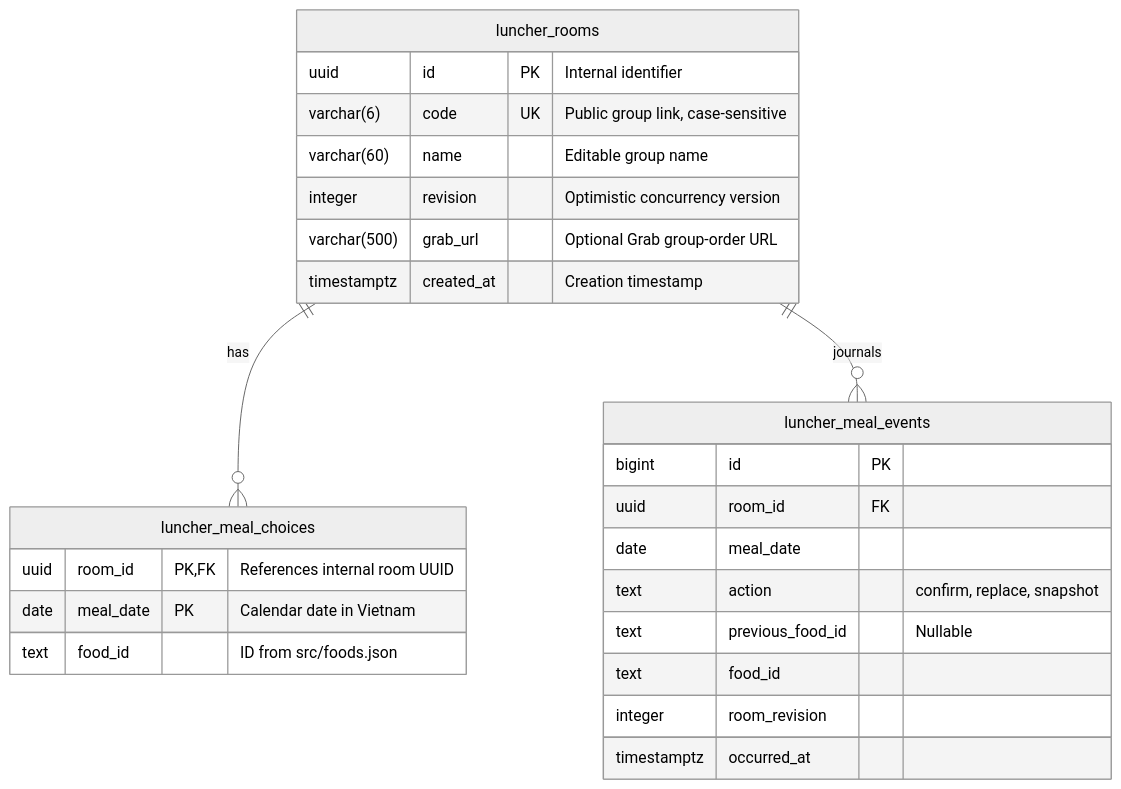
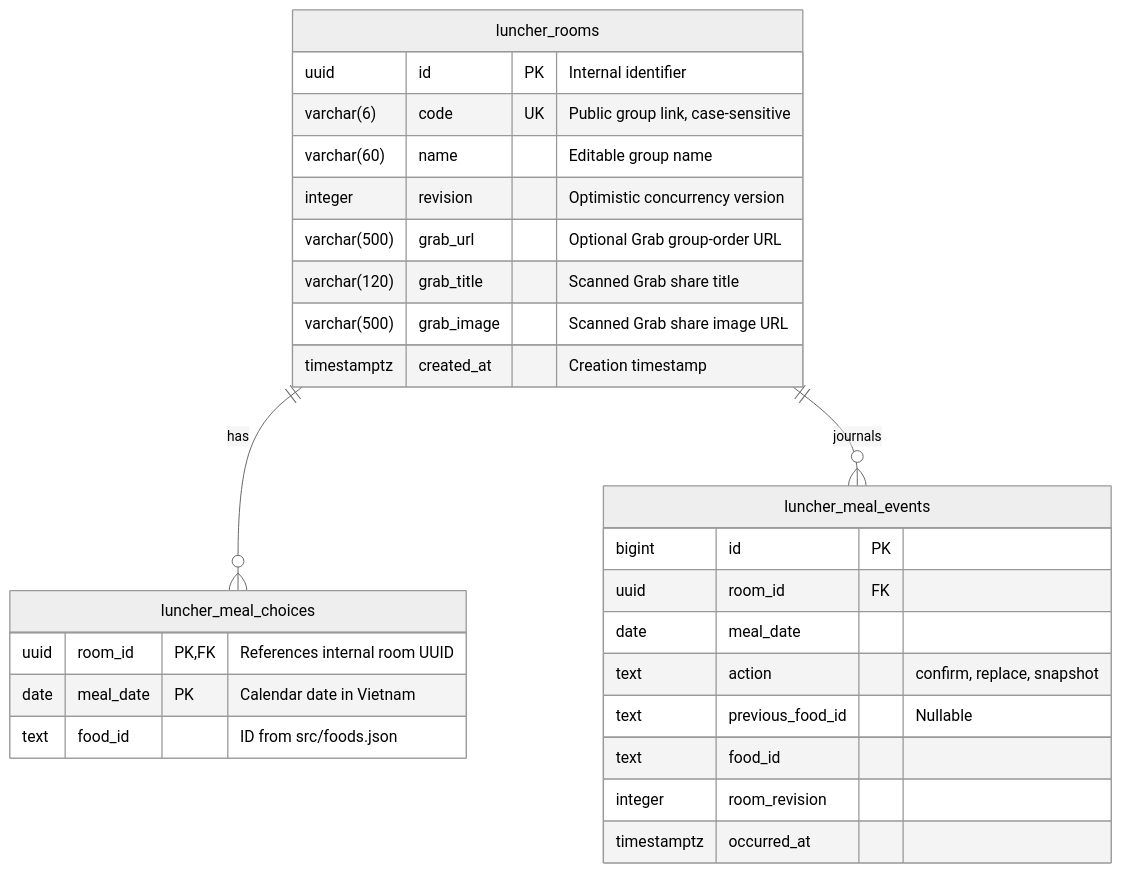
One commit to nqnhut92/luncher changed the diagram in docs/database-design.md. Above: the diagram before and after it, drawn with Mermaid (neutral theme). The commit also changed other lines of this file and 11 other files, not shown here.

````diff
--- a/docs/database-design.md
+++ b/docs/database-design.md
@@ -11,28 +11,30 @@
 ```mermaid
 erDiagram
     luncher_rooms ||--o{ luncher_meal_choices : has
     luncher_rooms ||--o{ luncher_meal_events : journals
     luncher_rooms {
         uuid id PK "Internal identifier"
         varchar(6) code UK "Public group link, case-sensitive"
         varchar(60) name "Editable group name"
         integer revision "Optimistic concurrency version"
         varchar(500) grab_url "Optional Grab group-order URL"
+        varchar(120) grab_title "Scanned Grab share title"
+        varchar(500) grab_image "Scanned Grab share image URL"
         timestamptz created_at "Creation timestamp"
     }
     luncher_meal_events {
         bigint id PK
         uuid room_id FK
         date meal_date
         text action "confirm, replace, snapshot"
         text previous_food_id "Nullable"
         text food_id
         integer room_revision
         timestamptz occurred_at
     }
     luncher_meal_choices {
         uuid room_id PK,FK "References internal room UUID"
         date meal_date PK "Calendar date in Vietnam"
         text food_id "ID from src/foods.json"
     }
 ```
````
